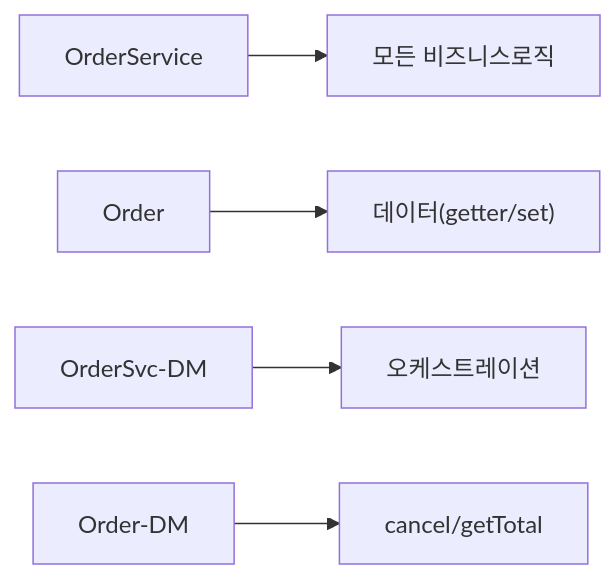
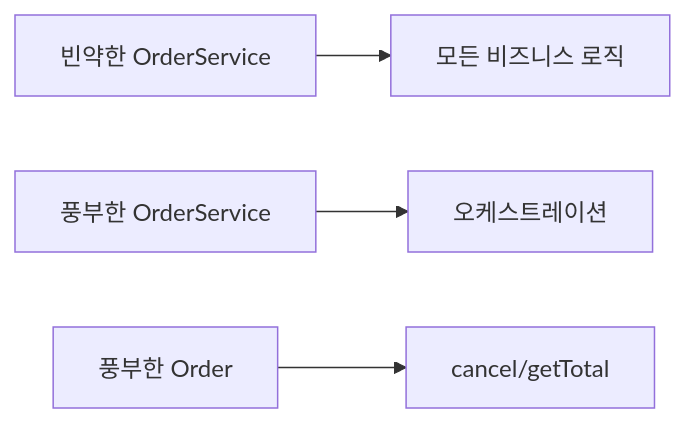
The first of 3 diagrams in _posts/spring/2026-05-02-clean-spring-hexagonal.md (yjkim2015/yjkim2015.github.io), drawn with Mermaid before and after one commit. The commit also changed other lines of this file and 163 other files, not shown here.

First line of the commit message:
Mermaid 300개 블록 내용 축소: 5노드 5엣지 이하, 의미 있는 약어

````diff
--- a/_posts/spring/2026-05-02-clean-spring-hexagonal.md
+++ b/_posts/spring/2026-05-02-clean-spring-hexagonal.md
@@ -184,7 +184,6 @@
 ```mermaid
 graph LR
-    A[OrderService] --> B["모든 비즈니스로직"]
-    C[Order] --> D["데이터(getter/set)"]
-    E[OrderSvc-DM] --> F["오케스트레이션"]
-    G[Order-DM] --> H["cancel/getTotal"]
+    A["빈약한 OrderService"] --> B["모든 비즈니스 로직"]
+    C["풍부한 OrderService"] --> D["오케스트레이션"]
+    E["풍부한 Order"] --> F["cancel/getTotal"]
 ```
````
